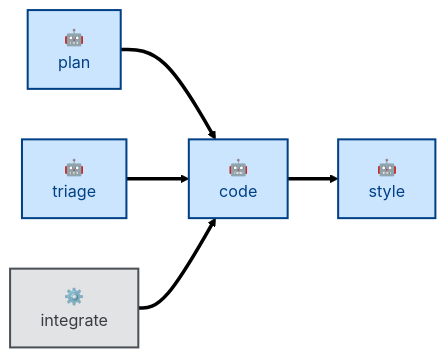
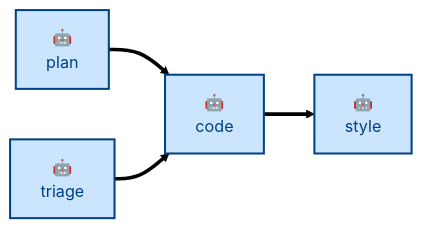
The diagram in skills/code/README.md (kieranpotts/skills), drawn with Mermaid (forest theme) before and after one commit. The commit also changed other lines of this file and 28 other files, not shown here.

````diff
--- a/skills/code/README.md
+++ b/skills/code/README.md
@@ -31,20 +30,18 @@
 ```mermaid
 flowchart LR
   %% Node labels and classes.
   plan["🤖<br/>plan"]:::agentic
   triage["🤖<br/>triage"]:::agentic
   code["🤖<br/>code"]:::agentic
   styleSkill["🤖<br/>style"]:::agentic
-  integrate["⚙️<br/>integrate"]:::scripted
 
   %% Main workflow sequence.
   plan ==> code
   triage ==> code
   code ==> styleSkill
-  integrate ==> code
 
   %% Class definitions.
   classDef agentic fill:#cce5ff,stroke:#004085,color:#004085,stroke-width:2px
   classDef scripted fill:#e2e3e5,stroke:#4b5157,color:#383d41,stroke-width:2px
   classDef anthropic fill:#fff3cd,stroke:#856404,color:#856404,stroke-width:1px,stroke-dasharray:2 3
 ```
````
